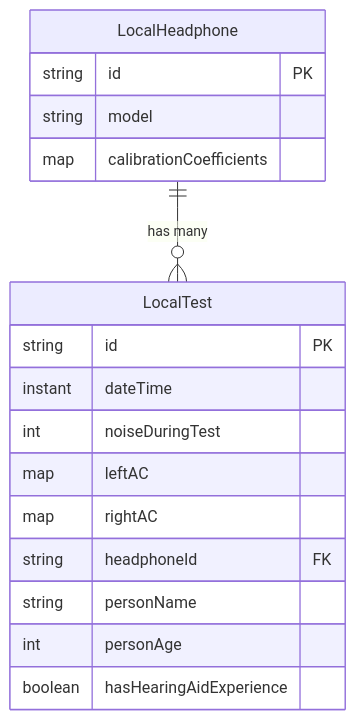
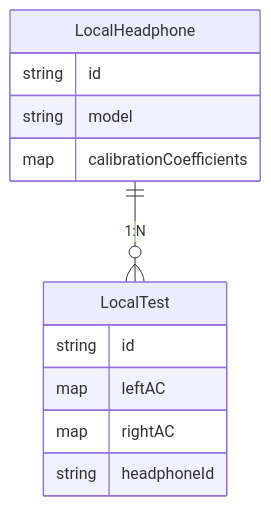
Before and after one commit to khebrati/audiosense: the second of 3 diagrams in ARCHITECTURE.md, drawn with Mermaid. The commit also changed other lines of this file, not shown here.

Commit message:
Condense architecture doc to under 100 words as requested

````diff
--- a/ARCHITECTURE.md
+++ b/ARCHITECTURE.md
@@ -82,22 +15,17 @@
 ```mermaid
 erDiagram
-    LocalHeadphone ||--o{ LocalTest : "has many"
+    LocalHeadphone ||--o{ LocalTest : "1:N"
     
     LocalHeadphone {
-        string id PK
+        string id
         string model
         map calibrationCoefficients
     }
     
     LocalTest {
-        string id PK
-        instant dateTime
-        int noiseDuringTest
+        string id
         map leftAC
         map rightAC
-        string headphoneId FK
-        string personName
-        int personAge
-        boolean hasHearingAidExperience
+        string headphoneId
     }
 ```
````
